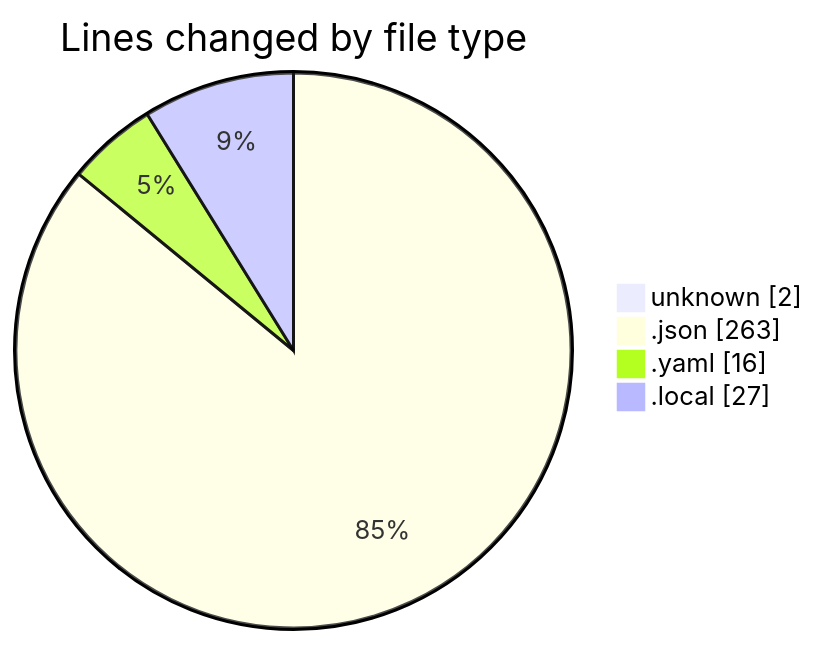
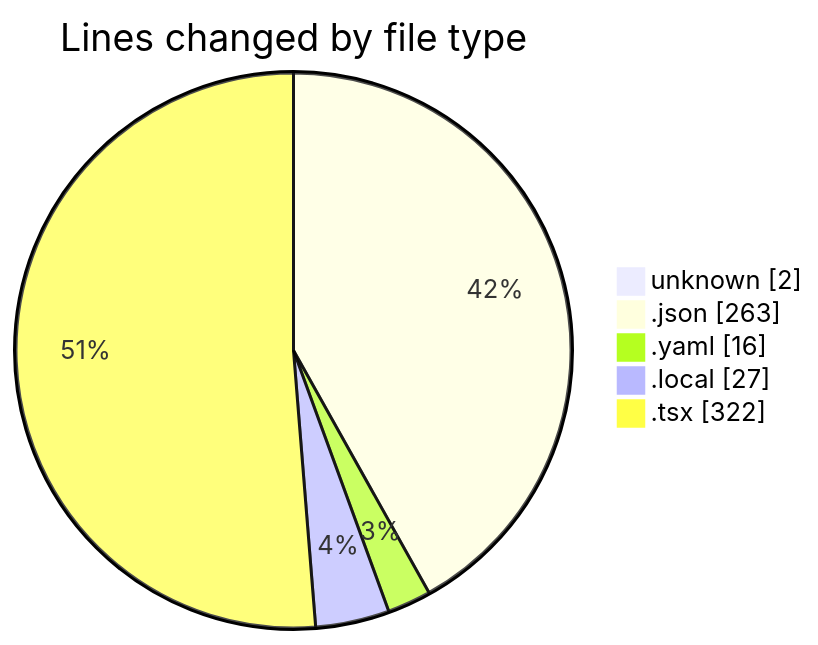
Before and after one commit to CELIANVF/code-tracking: the first of 2 diagrams in 2025-06-12/ecodeli-1/README.md, drawn with Mermaid. The commit also changed other lines of this file and 1 other file, not shown here.

````diff
--- a/2025-06-12/ecodeli-1/README.md
+++ b/2025-06-12/ecodeli-1/README.md
@@ -24,8 +28,9 @@
 ```mermaid
 pie showData
 title Lines changed by file type
 "unknown" : 2
 ".json" : 263
 ".yaml" : 16
 ".local" : 27
+".tsx" : 322
 ```
````
